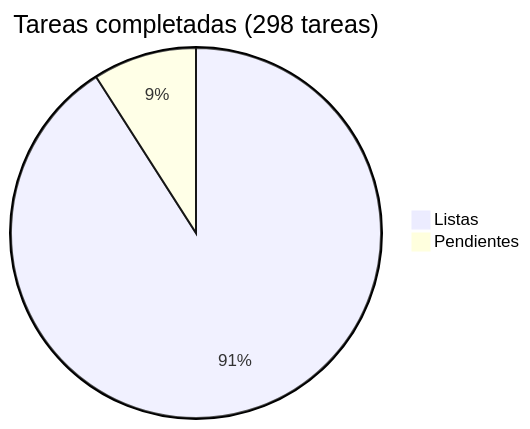
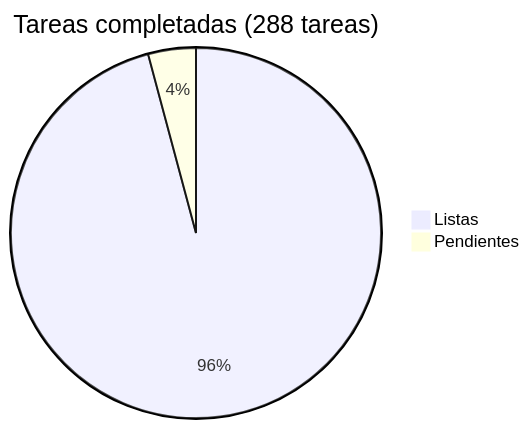
The diagram in docs/roadmap/README.md (araguaney-lat/araguaney), drawn with Mermaid before and after one commit. The commit also changed other lines of this file and 13 other files, not shown here.

First line of the commit message:
feat(catalog): seeds de catálogo global (Fase 6 #7-9) + reconciliación de roadmap (#125)

````diff
--- a/docs/roadmap/README.md
+++ b/docs/roadmap/README.md
@@ -5,5 +5,5 @@
 ```mermaid
-pie title Tareas completadas (298 tareas)
-    "Listas" : 271
-    "Pendientes" : 27
+pie title Tareas completadas (288 tareas)
+    "Listas" : 276
+    "Pendientes" : 12
 ```
````
